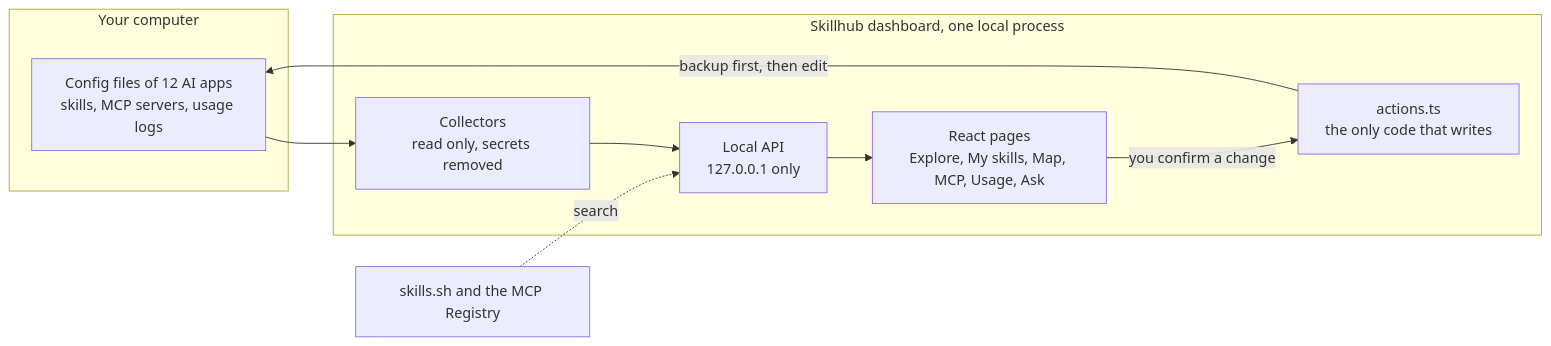
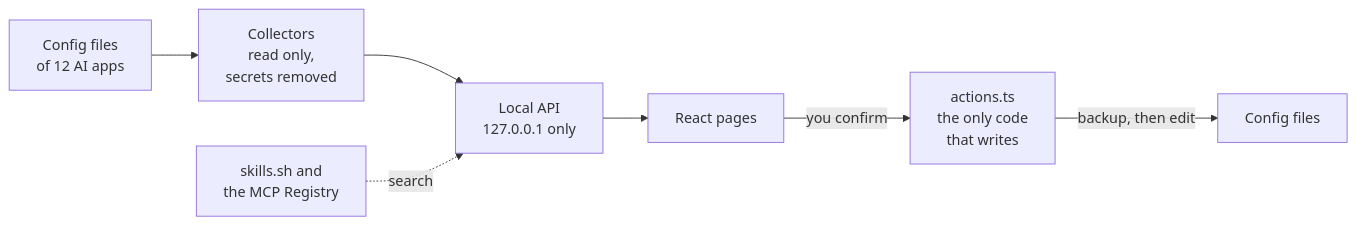
The first of 2 diagrams in README.md (hu-bill/Skillhub), drawn with Mermaid before and after one commit.

Commit message:
Simplify the dashboard diagram in the README

````diff
--- a/README.md
+++ b/README.md
@@ -108,17 +108,9 @@
 ```mermaid
 flowchart LR
-  subgraph disk["Your computer"]
-    cfg["Config files of 12 AI apps<br>skills, MCP servers, usage logs"]
-  end
-  subgraph dash["Skillhub dashboard, one local process"]
-    col["Collectors<br>read only, secrets removed"]
-    api["Local API<br>127.0.0.1 only"]
-    ui["React pages<br>Explore, My skills, Map, MCP, Usage, Ask"]
-    act["actions.ts<br>the only code that writes"]
-  end
-  reg["skills.sh and the MCP Registry"]
-  cfg --> col --> api --> ui
-  reg -. search .-> api
-  ui -- "you confirm a change" --> act
-  act -- "backup first, then edit" --> cfg
+  cfg["Config files<br>of 12 AI apps"] --> col["Collectors<br>read only,<br>secrets removed"]
+  col --> api["Local API<br>127.0.0.1 only"]
+  reg["skills.sh and<br>the MCP Registry"] -. search .-> api
+  api --> ui["React pages"]
+  ui -- "you confirm" --> act["actions.ts<br>the only code<br>that writes"]
+  act -- "backup, then edit" --> out["Config files"]
 ```
````
